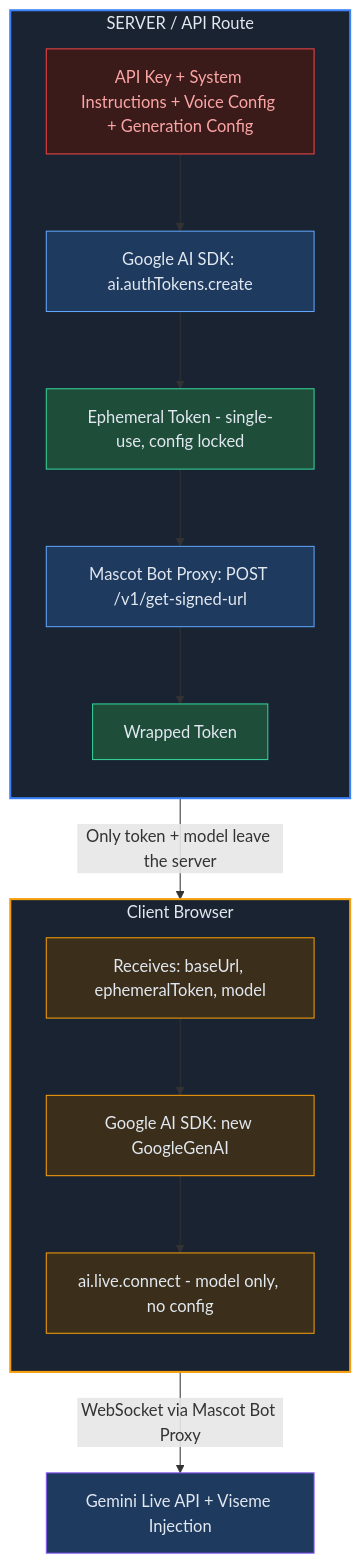
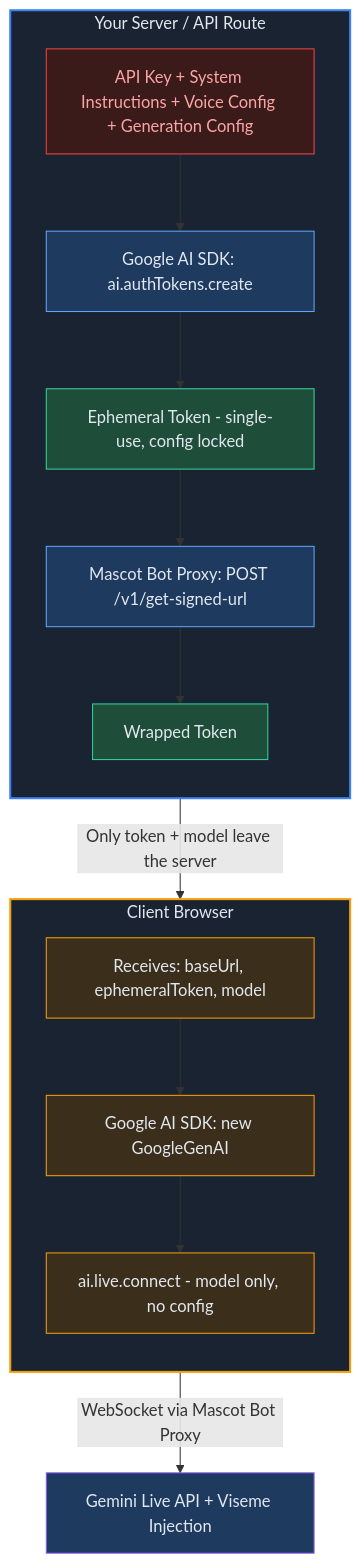
One commit to mascotbot/mascotbot-docs changed the diagram in libraries/gemini-live-api-avatar.mdx. Above: the diagram before and after it, drawn with Mermaid.

Commit message:
docs: rename SERVER to Your Server in Gemini mermaid diagram

````diff
--- a/libraries/gemini-live-api-avatar.mdx
+++ b/libraries/gemini-live-api-avatar.mdx
@@ -312,33 +312,33 @@
 ```mermaid
 flowchart TD
-    subgraph SERVER["SERVER / API Route"]
+    subgraph SERVER["Your Server / API Route"]
         direction TB
         SECRETS["API Key + System Instructions + Voice Config + Generation Config"]
         SECRETS --> CREATE["Google AI SDK: ai.authTokens.create"]
         CREATE --> GTOKEN["Ephemeral Token - single-use, config locked"]
         GTOKEN --> PROXY["Mascot Bot Proxy: POST /v1/get-signed-url"]
         PROXY --> WRAPPED["Wrapped Token"]
     end
 
     WRAPPED -->|"Only token + model leave the server"| RECEIVES
 
     subgraph CLIENT["Client Browser"]
         direction TB
         RECEIVES["Receives: baseUrl, ephemeralToken, model"] --> SDK["Google AI SDK: new GoogleGenAI"]
         SDK --> CONNECT["ai.live.connect - model only, no config"]
     end
 
     CONNECT -->|"WebSocket via Mascot Bot Proxy"| GEMINI["Gemini Live API + Viseme Injection"]
 
     style SERVER fill:#1a2332,stroke:#3b82f6,stroke-width:2px,color:#e2e8f0
     style CLIENT fill:#1a2332,stroke:#f59e0b,stroke-width:2px,color:#e2e8f0
     style SECRETS fill:#3b1a1a,stroke:#ef4444,color:#fca5a5
     style CREATE fill:#1e3a5f,stroke:#60a5fa,color:#e2e8f0
     style GTOKEN fill:#1e4d3a,stroke:#34d399,color:#e2e8f0
     style PROXY fill:#1e3a5f,stroke:#60a5fa,color:#e2e8f0
     style WRAPPED fill:#1e4d3a,stroke:#34d399,color:#e2e8f0
     style RECEIVES fill:#3b2e1a,stroke:#f59e0b,color:#e2e8f0
     style SDK fill:#3b2e1a,stroke:#f59e0b,color:#e2e8f0
     style CONNECT fill:#3b2e1a,stroke:#f59e0b,color:#e2e8f0
     style GEMINI fill:#1e3a5f,stroke:#8b5cf6,color:#e2e8f0
 ```
````
